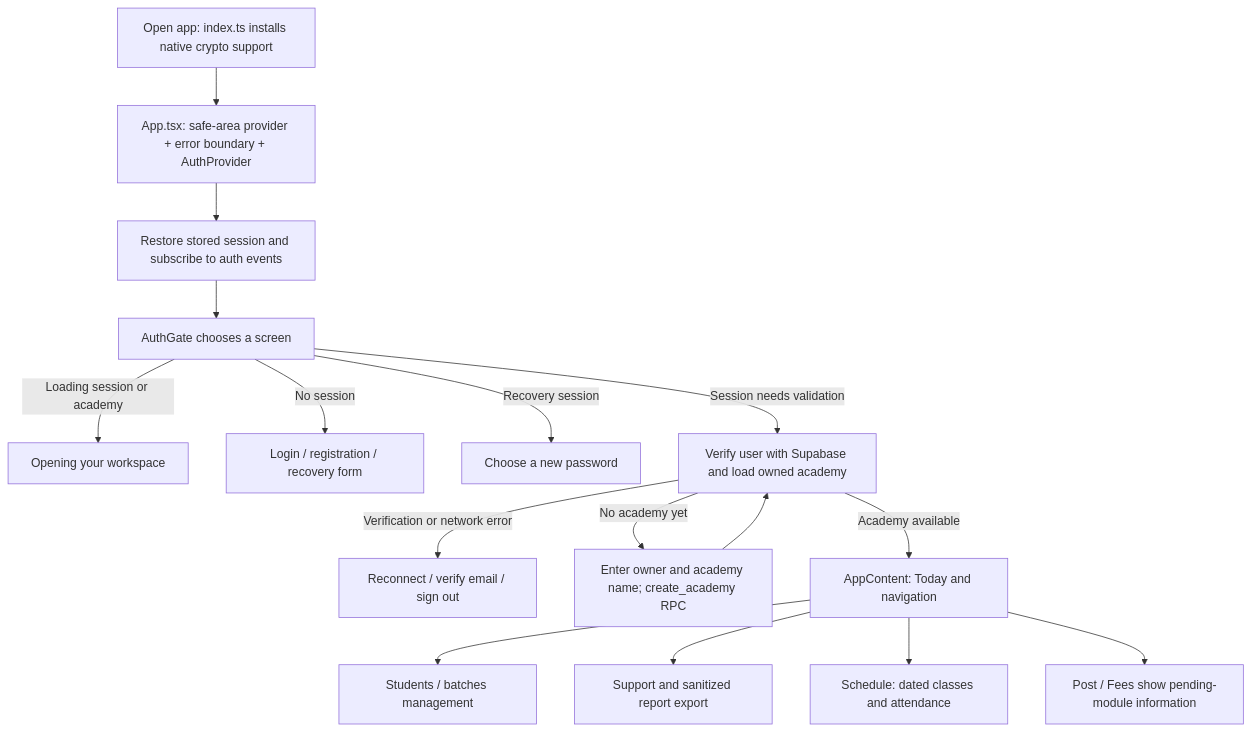
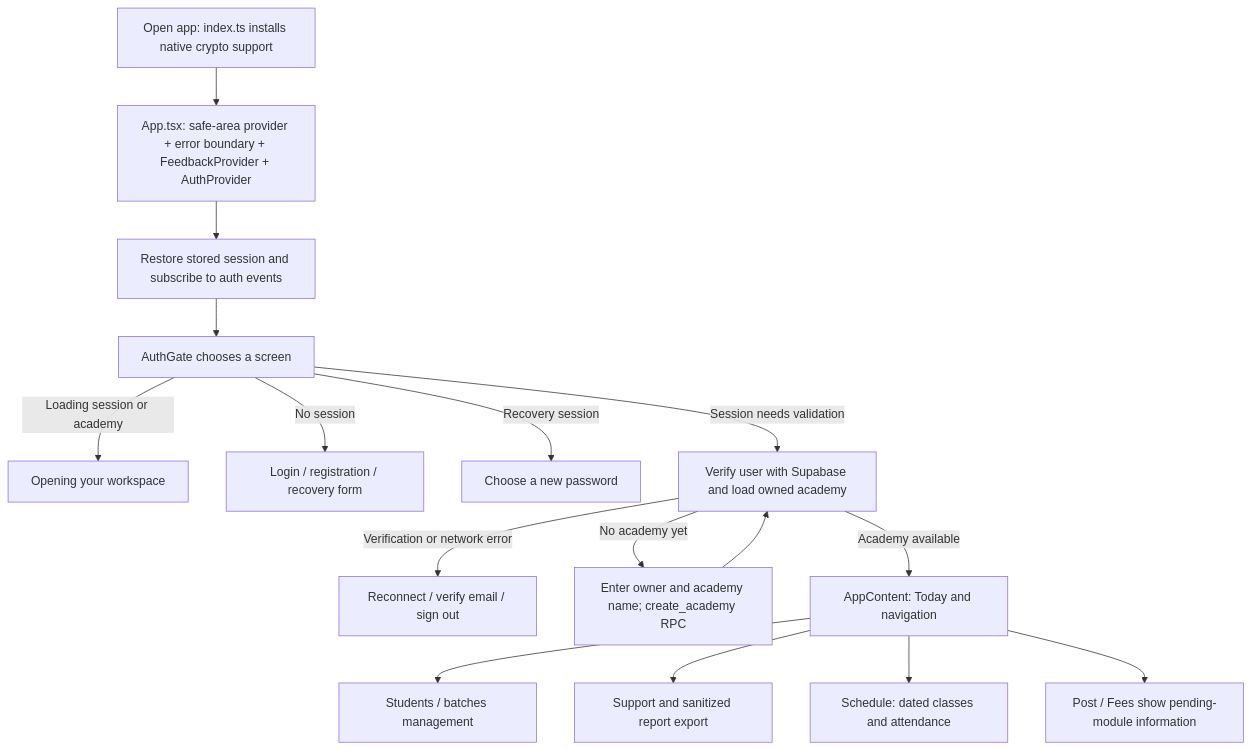
One commit to appsworld2027/Parent-plus- changed the second of 8 diagrams in docs/ARCHITECTURE.md. Above: the diagram before and after it, drawn with Mermaid. The commit also changed other lines of this file and 21 other files, not shown here.

````diff
--- a/docs/ARCHITECTURE.md
+++ b/docs/ARCHITECTURE.md
@@ -50,18 +50,18 @@
 ```mermaid
 flowchart TD
-    Start["Open app: index.ts installs native crypto support"] --> Root["App.tsx: safe-area provider + error boundary + AuthProvider"]
+    Start["Open app: index.ts installs native crypto support"] --> Root["App.tsx: safe-area provider + error boundary + FeedbackProvider + AuthProvider"]
     Root --> Session["Restore stored session and subscribe to auth events"]
     Session --> Gate["AuthGate chooses a screen"]
     Gate -->|"Loading session or academy"| Loading["Opening your workspace"]
     Gate -->|"No session"| Login["Login / registration / recovery form"]
     Gate -->|"Recovery session"| Password["Choose a new password"]
     Gate -->|"Session needs validation"| User["Verify user with Supabase and load owned academy"]
     User -->|"Verification or network error"| Retry["Reconnect / verify email / sign out"]
     User -->|"No academy yet"| Setup["Enter owner and academy name; create_academy RPC"]
     Setup --> User
     User -->|"Academy available"| Home["AppContent: Today and navigation"]
     Home --> Students["Students / batches management"]
     Home --> Support["Support and sanitized report export"]
     Home --> Classes["Schedule: dated classes and attendance"]
     Home --> Later["Post / Fees show pending-module information"]
 ```
````
